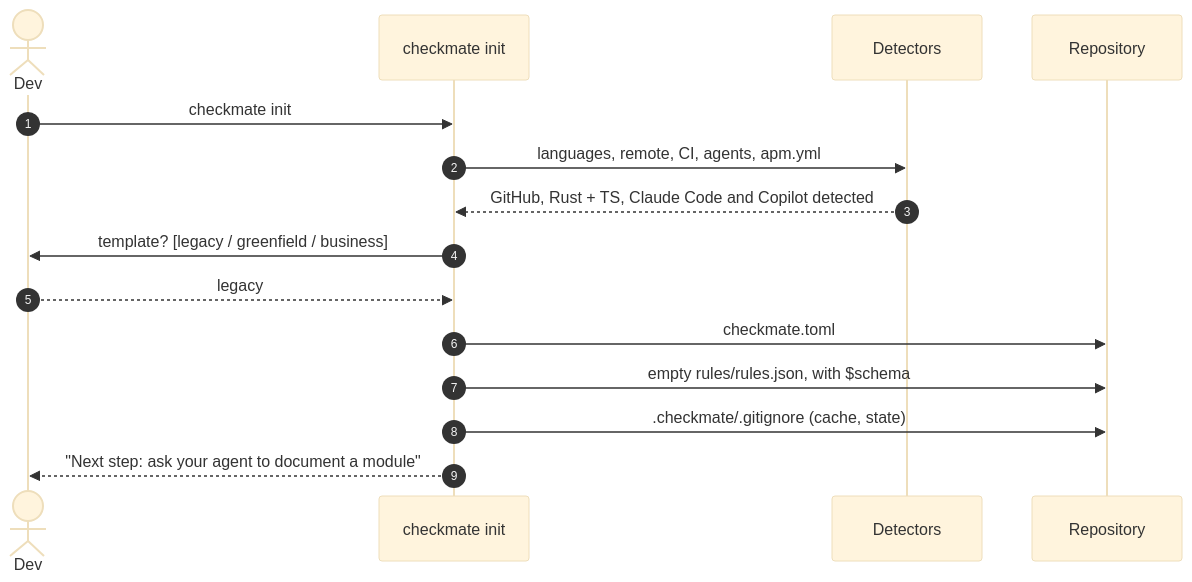
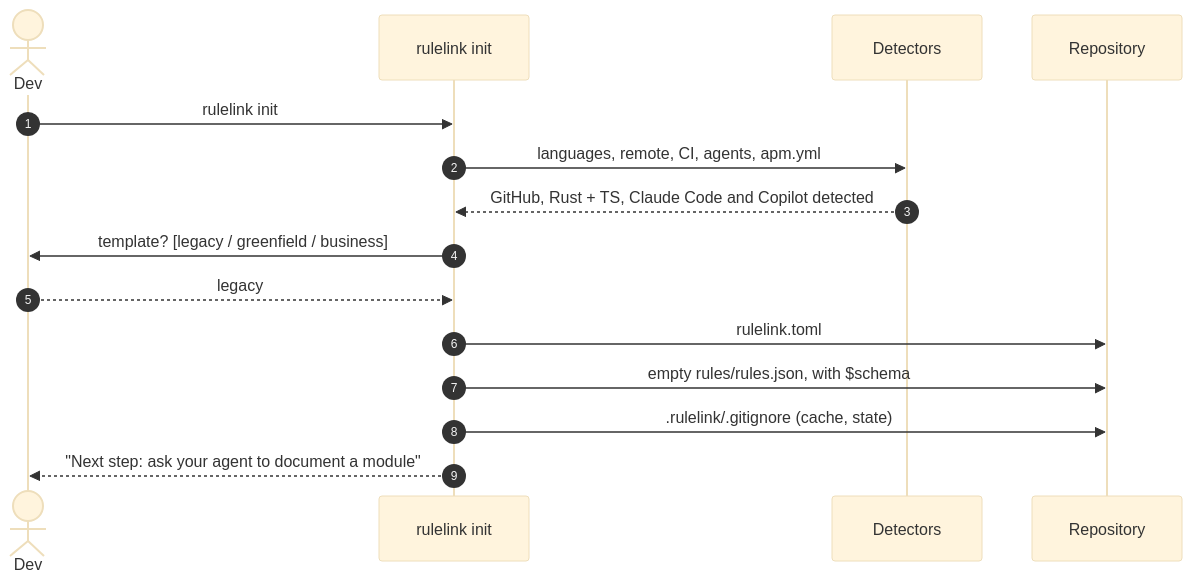
The fifth of 6 diagrams in docs/architecture/09-project-configuration.md (E-Jacques/Rulelink), drawn with Mermaid (base theme) before and after one commit. The commit also changed other lines of this file and 126 other files, not shown here.

First line of the commit message:
chore: rename the project from Checkmate to Rulelink (#6)

````diff
--- a/docs/architecture/09-project-configuration.md
+++ b/docs/architecture/09-project-configuration.md
@@ -278,18 +278,18 @@
 ```mermaid
 sequenceDiagram
     autonumber
     actor Dev
-    participant INIT as checkmate init
+    participant INIT as rulelink init
     participant DET as Detectors
     participant FS as Repository
 
-    Dev->>INIT: checkmate init
+    Dev->>INIT: rulelink init
     INIT->>DET: languages, remote, CI, agents, apm.yml
     DET-->>INIT: GitHub, Rust + TS, Claude Code and Copilot detected
     INIT->>Dev: template? [legacy / greenfield / business]
     Dev-->>INIT: legacy
-    INIT->>FS: checkmate.toml
+    INIT->>FS: rulelink.toml
     INIT->>FS: empty rules/rules.json, with $schema
-    INIT->>FS: .checkmate/.gitignore (cache, state)
+    INIT->>FS: .rulelink/.gitignore (cache, state)
     INIT-->>Dev: "Next step: ask your agent to document a module"
 ```
````
